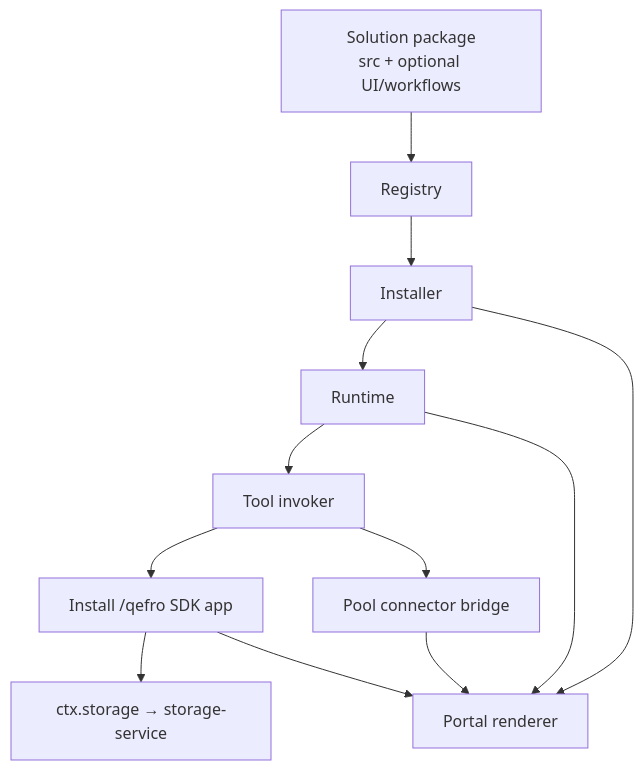
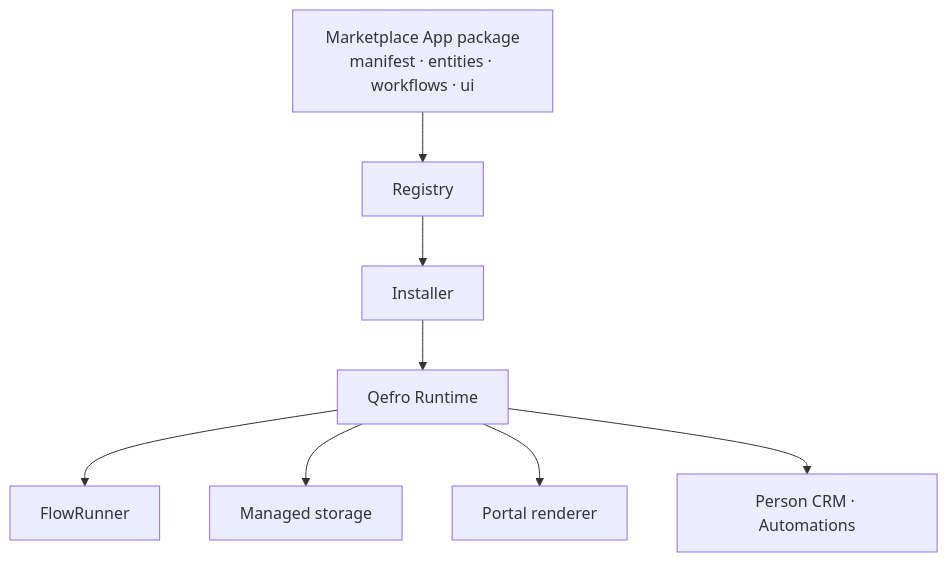
Before and after one commit to qefro-ai/qefro-documentation: the diagram in docs/solutions/overview.md, drawn with Mermaid. The commit also changed other lines of this file and 48 other files, not shown here.

Commit message:
Document Marketplace Apps as runtime metadata, not SDK packages.

````diff
--- a/docs/solutions/overview.md
+++ b/docs/solutions/overview.md
@@ -84,14 +117,10 @@
 ```mermaid
 flowchart TB
-    A[Solution package<br/>src + optional UI/workflows] --> B[Registry]
+    A[Marketplace App package<br/>manifest · entities · workflows · ui] --> B[Registry]
     B --> C[Installer]
-    C --> D[Runtime]
-    D --> E[Tool invoker]
-    E --> APP[Install /qefro SDK app]
-    APP --> S[ctx.storage → storage-service]
-    E --> F[Pool connector bridge]
-    C --> G[Portal renderer]
-    APP --> G
-    F --> G
-    D --> G
+    C --> D[Qefro Runtime]
+    D --> FR[FlowRunner]
+    D --> S[Managed storage]
+    D --> G[Portal renderer]
+    D --> CRM[Person CRM · Automations]
 ```
````
